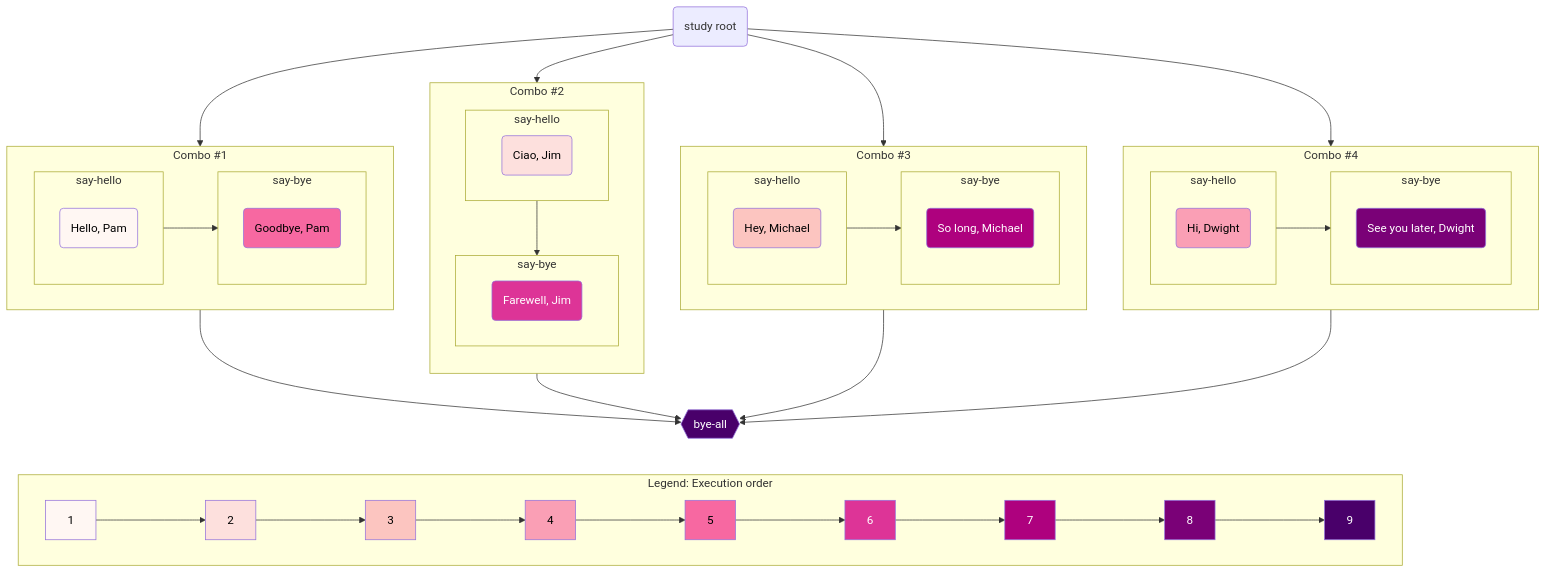
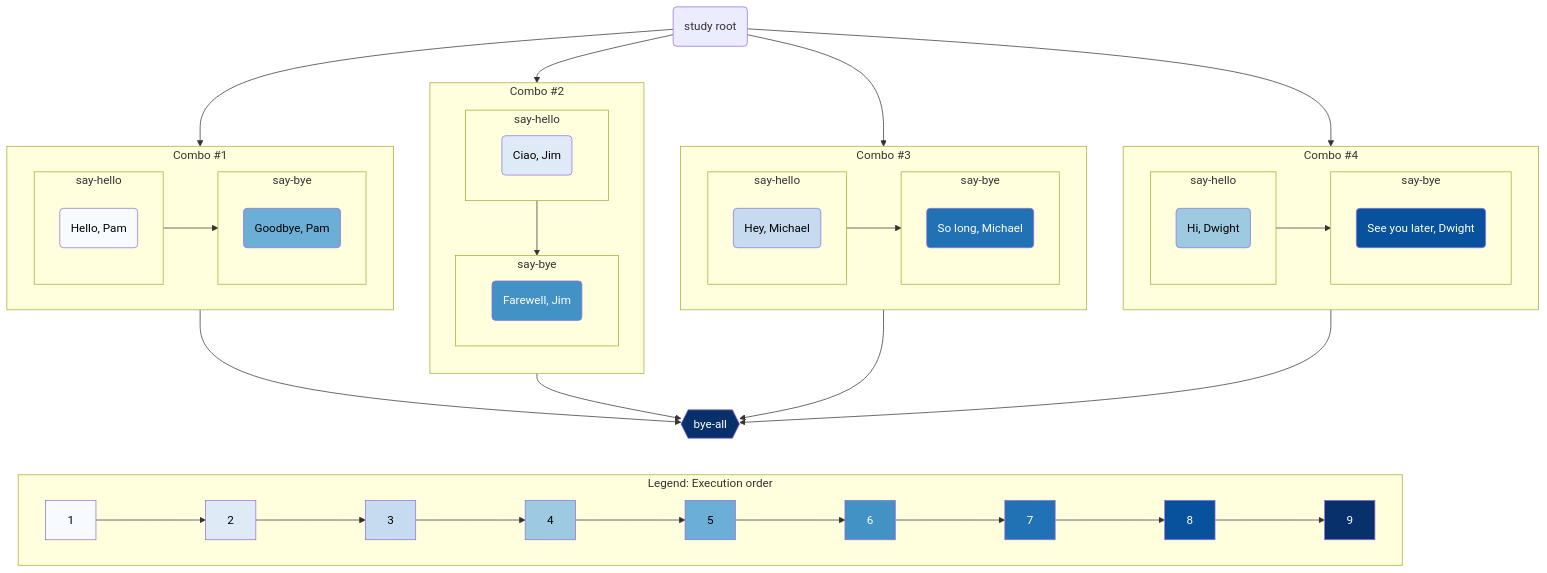
The first of 2 diagrams in docs/Maestro/specification.md (LLNL/maestrowf), drawn with Mermaid before and after one commit. The commit also changed other lines of this file, not shown here.

Commit message:
Use tabs to compress the execution order examples.  Update note to warning to highlight interaction with throttle setting.  Swap to single hued blue color scheme

````diff
--- a/docs/Maestro/specification.md
+++ b/docs/Maestro/specification.md
@@ -445,93 +449,92 @@
-``` mermaid
-flowchart TD;
-    A(study root) --> COMBO1;
-    subgraph COMBO1 [Combo #1]
-      subgraph say_hello1 [say-hello]
-        B(Hello, Pam)
-
-      end
-      subgraph say_bye1 [say-bye]
-        C(Goodbye, Pam)
+    ``` mermaid
+    flowchart TD;
+        A(study root) --> COMBO1;
+        subgraph COMBO1 [Combo #1]
+          subgraph say_hello1 [say-hello]
+            B(Hello, Pam)
+    
+          end
+          subgraph say_bye1 [say-bye]
+            C(Goodbye, Pam)
+            
+          end
+          say_hello1 --> say_bye1
+        end
+        A --> COMBO2
+        subgraph COMBO2 [Combo #2]
+          direction TB
+          subgraph say_hello2 [say-hello]
+            D(Ciao, Jim)
+            
+          end
+          subgraph say_bye2 [say-bye]
+            E(Farewell, Jim)
+            
+          end
+          say_hello2 --> say_bye2
+        end
+        A --> COMBO3
+        subgraph COMBO3 [Combo #3]
+          subgraph say_hello3 [say-hello]
+            F(Hey, Michael)
+            
+          end
+          subgraph say_bye3 [say-bye]
+            G(So long, Michael)
+            
+          end
+          say_hello3 --> say_bye3
+        end
+        A --> COMBO4
+        subgraph COMBO4 [Combo #4]
+          subgraph say_hello4 [say-hello]
+            H(Hi, Dwight)
+            
+          end
+          subgraph say_bye4 [say-bye]
+            I(See you later, Dwight)
+            
+          end
+          say_hello4 --> say_bye4;
+        end
         
-      end
-      say_hello1 --> say_bye1
-    end
-    A --> COMBO2
-    subgraph COMBO2 [Combo #2]
-      direction TB
-      subgraph say_hello2 [say-hello]
-        D(Ciao, Jim)
+        COMBO1 --> J{{bye-all}}
+        COMBO2 --> J{{bye-all}}
+        COMBO3 --> J{{bye-all}}
+        COMBO4 --> J{{bye-all}}
         
-      end
-      subgraph say_bye2 [say-bye]
-        E(Farewell, Jim)
         
-      end
-      say_hello2 --> say_bye2
-    end
-    A --> COMBO3
-    subgraph COMBO3 [Combo #3]
-      subgraph say_hello3 [say-hello]
-        F(Hey, Michael)
+        style B fill:#f7fbff,color:#000000;
+        style C fill:#6baed6,color:#000000;
+        style D fill:#deebf7,color:#000000;
+        style E fill:#4292c6,color:#FFFFFF;
+        style F fill:#c6dbef,color:#000000;
+        style G fill:#2171b5,color:#FFFFFF;
+        style H fill:#9ecae1,color:#000000;
+        style I fill:#08519c,color:#FFFFFF;
+        style J fill:#08306b,color:#FFFFFF;
+    
+        subgraph LEGEND [Legend: Execution order]
+          direction LR
+          BL[1]---> DL[2]
+          DL ---> FL[3]
+          FL ---> HL[4]
+          HL ---> CL[5]
+          CL ---> EL[6]
+          EL ---> GL[7]
+          GL ---> IL[8]
+          IL ---> JL[9]
+          style BL fill:#f7fbff,color:#000000;
+          style CL fill:#6baed6,color:#000000;
+          style DL fill:#deebf7,color:#000000;
+          style EL fill:#4292c6,color:#FFFFFF;
+          style FL fill:#c6dbef,color:#000000;
+          style GL fill:#2171b5,color:#FFFFFF;
+          style HL fill:#9ecae1,color:#000000;
+          style IL fill:#08519c,color:#FFFFFF;
+          style JL fill:#08306b,color:#FFFFFF;
+        end
         
-      end
-      subgraph say_bye3 [say-bye]
-        G(So long, Michael)
-        
-      end
-      say_hello3 --> say_bye3
-    end
-    A --> COMBO4
-    subgraph COMBO4 [Combo #4]
-      subgraph say_hello4 [say-hello]
-        H(Hi, Dwight)
-        
-      end
-      subgraph say_bye4 [say-bye]
-        I(See you later, Dwight)
-        
-      end
-      say_hello4 --> say_bye4;
-    end
-    
-    COMBO1 --> J{{bye-all}}
-    COMBO2 --> J{{bye-all}}
-    COMBO3 --> J{{bye-all}}
-    COMBO4 --> J{{bye-all}}
-    
-    
-    style B fill:#fff7f3,color:#000000;
-    style C fill:#f768a1,color:#000000;
-    style D fill:#fde0dd,color:#000000;
-    style E fill:#dd3497,color:#FFFFFF;
-    style F fill:#fcc5c0,color:#000000;
-    style G fill:#ae017e,color:#FFFFFF;
-    style H fill:#fa9fb5,color:#000000;
-    style I fill:#7a0177,color:#FFFFFF;
-    style J fill:#49006a,color:#FFFFFF;
-
-    subgraph LEGEND [Legend: Execution order]
-      direction LR
-      BL[1]---> DL[2]
-      DL ---> FL[3]
-      FL ---> HL[4]
-      HL ---> CL[5]
-      CL ---> EL[6]
-      EL ---> GL[7]
-      GL ---> IL[8]
-      IL ---> JL[9]
-      style BL fill:#fff7f3,color:#000000;
-      style CL fill:#f768a1,color:#000000;
-      style DL fill:#fde0dd,color:#000000;
-      style EL fill:#dd3497,color:#FFFFFF;
-      style FL fill:#fcc5c0,color:#000000;
-      style GL fill:#ae017e,color:#FFFFFF;
-      style HL fill:#fa9fb5,color:#000000;
-      style IL fill:#7a0177,color:#FFFFFF;
-      style JL fill:#49006a,color:#FFFFFF;
-
-    end
-    
-    J --- LEGEND
-    linkStyle 20 stroke-width:0px;
-```
+        J --- LEGEND
+        linkStyle 20 stroke-width:0px;
+    ```
````
